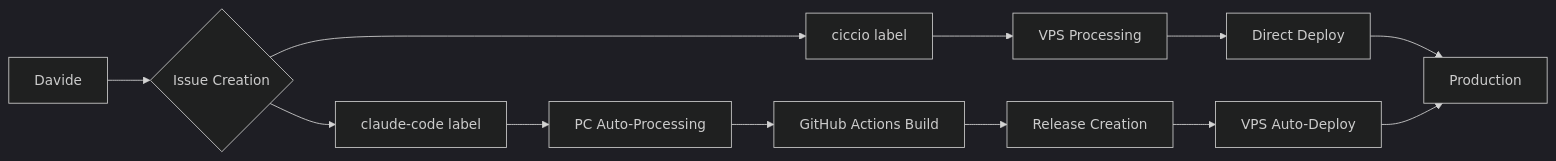
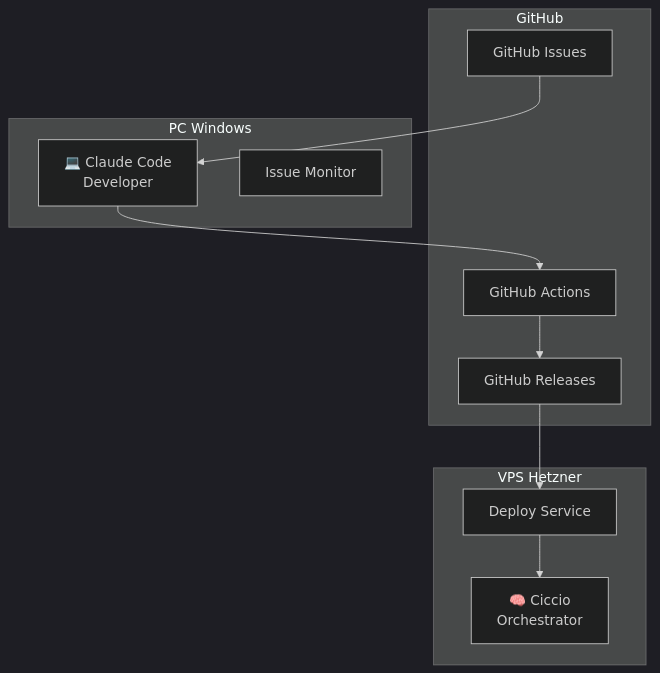
The diagram in README.md (ecologicaleaving/workflow), drawn with Mermaid (dark theme) before and after one commit. The commit also changed other lines of this file and 1 other file, not shown here.

````diff
--- a/README.md
+++ b/README.md
@@ -31,14 +7,24 @@
 ```mermaid
-graph LR
-A[Davide] --> B{Issue Creation}
-B --> C[claude-code label]
-B --> D[ciccio label]
-C --> E[PC Auto-Processing]
-D --> F[VPS Processing]
-E --> G[GitHub Actions Build]
-F --> H[Direct Deploy]
-G --> I[Release Creation]
-I --> J[VPS Auto-Deploy]
-H --> K[Production]
-J --> K
+graph TB
+    subgraph "GitHub"
+        Issues[GitHub Issues]
+        Actions[GitHub Actions]
+        Releases[GitHub Releases]
+    end
+    
+    subgraph "VPS Hetzner"
+        Ciccio[🧠 Ciccio<br/>Orchestrator]
+        Deploy[Deploy Service]
+    end
+    
+    subgraph "PC Windows"
+        Claude[💻 Claude Code<br/>Developer]
+        Monitor[Issue Monitor]
+    end
+    
+    Issues --> Claude
+    Claude --> Actions
+    Actions --> Releases
+    Releases --> Deploy
+    Deploy --> Ciccio
 ```
````
